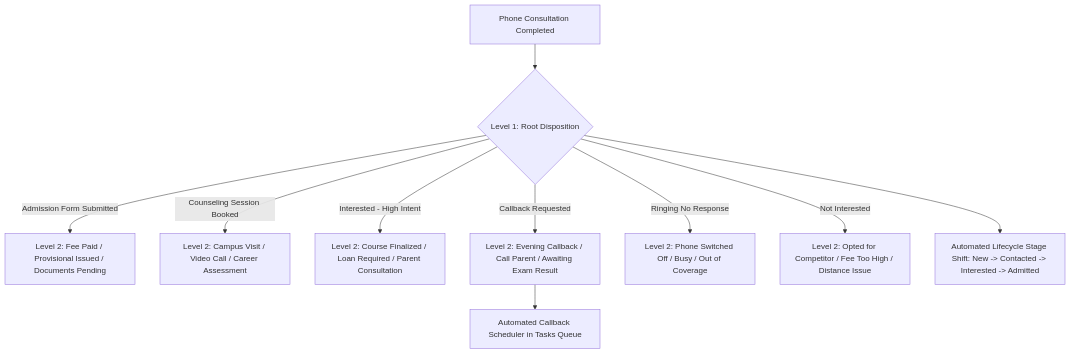
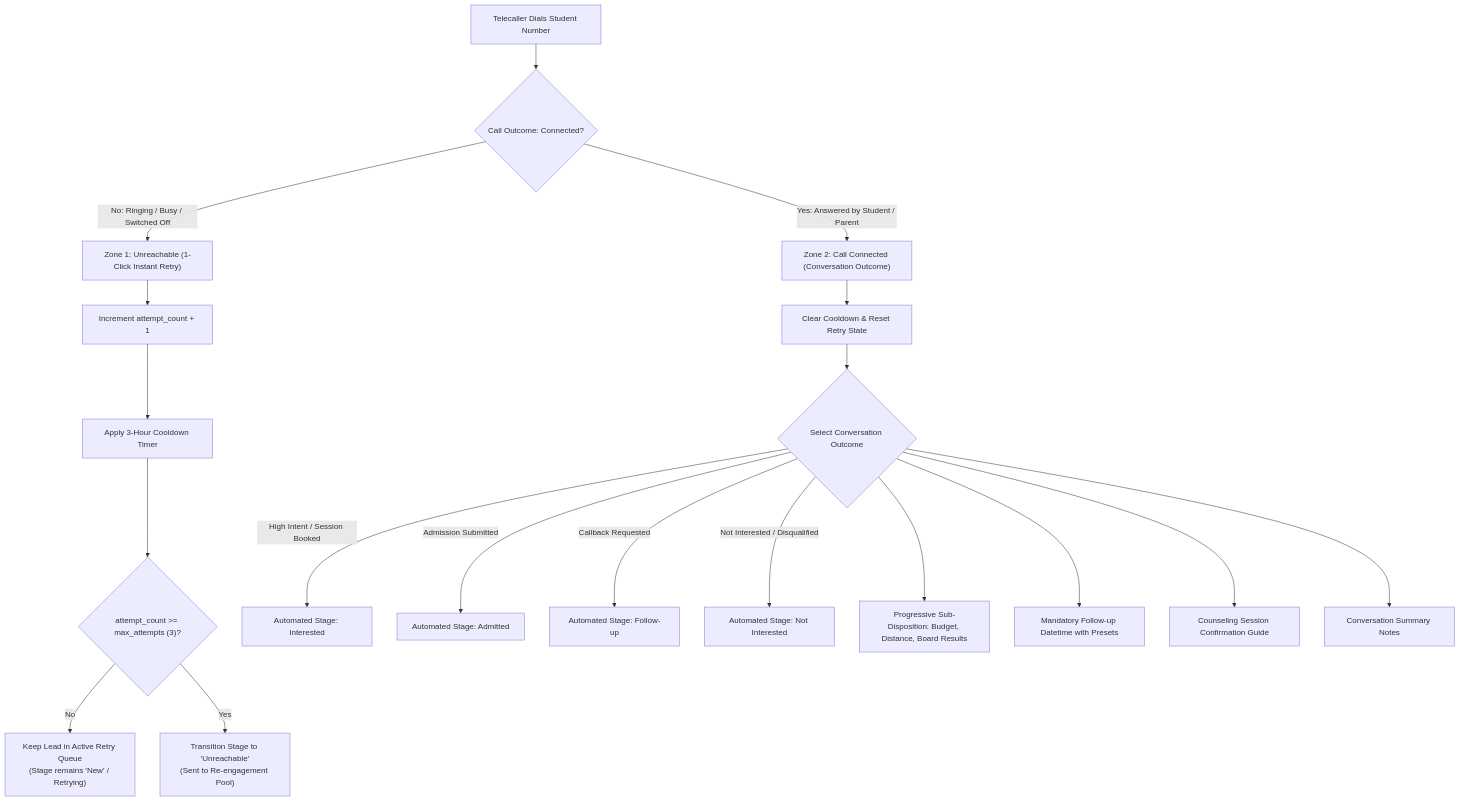
The diagram in docs/06_CALL_DISPOSITIONS_AND_CALLBACKS.md (rdsdd2021/DreamDesk-CRM), drawn with Mermaid before and after one commit. The commit also changed other lines of this file and 2 other files, not shown here.

Commit message:
docs: update telecalling framework, 2-zone outcome controller, retry cadence and stage locking manuals

````diff
--- a/docs/06_CALL_DISPOSITIONS_AND_CALLBACKS.md
+++ b/docs/06_CALL_DISPOSITIONS_AND_CALLBACKS.md
@@ -15,14 +26,26 @@
 ```mermaid
-graph TD
-    Call[Phone Consultation Completed] --> Root{Level 1: Root Disposition}
+flowchart TD
+    Dial[Telecaller Dials Student Number] --> Outcome{Call Outcome: Connected?}
 
-    Root -->|Admission Form Submitted| Sub1[Level 2: Fee Paid / Provisional Issued / Documents Pending]
-    Root -->|Counseling Session Booked| Sub2[Level 2: Campus Visit / Video Call / Career Assessment]
-    Root -->|Interested - High Intent| Sub3[Level 2: Course Finalized / Loan Required / Parent Consultation]
-    Root -->|Callback Requested| Sub4[Level 2: Evening Callback / Call Parent / Awaiting Exam Result]
-    Root -->|Ringing No Response| Sub5[Level 2: Phone Switched Off / Busy / Out of Coverage]
-    Root -->|Not Interested| Sub6[Level 2: Opted for Competitor / Fee Too High / Distance Issue]
+    %% Unreachable Path
+    Outcome -->|No: Ringing / Busy / Switched Off| UnreachableZone["Zone 1: Unreachable (1-Click Instant Retry)"]
+    UnreachableZone --> IncAttempt[Increment attempt_count + 1]
+    IncAttempt --> CooldownCheck[Apply 3-Hour Cooldown Timer]
+    CooldownCheck --> AttLimit{"attempt_count >= max_attempts (3)?"}
+    AttLimit -->|No| KeepRetry["Keep Lead in Active Retry Queue<br/>(Stage remains 'New' / Retrying)"]
+    AttLimit -->|Yes| MoveExhausted["Transition Stage to 'Unreachable'<br/>(Sent to Re-engagement Pool)"]
 
-    Root --> AutoStatus[Automated Lifecycle Stage Shift: New -> Contacted -> Interested -> Admitted]
-    Sub4 --> CallbackSched[Automated Callback Scheduler in Tasks Queue]
+    %% Connected Path
+    Outcome -->|Yes: Answered by Student / Parent| ConnectedZone["Zone 2: Call Connected (Conversation Outcome)"]
+    ConnectedZone --> ClearCooldown[Clear Cooldown & Reset Retry State]
+    ClearCooldown --> DispChoice{Select Conversation Outcome}
+    DispChoice -->|High Intent / Session Booked| StageInt[Automated Stage: Interested]
+    DispChoice -->|Admission Submitted| StageAdm[Automated Stage: Admitted]
+    DispChoice -->|Callback Requested| StageFu[Automated Stage: Follow-up]
+    DispChoice -->|Not Interested / Disqualified| StageNi[Automated Stage: Not Interested]
+
+    DispChoice --> SubDisp[Progressive Sub-Disposition: Budget, Distance, Board Results]
+    DispChoice --> Callback[Mandatory Follow-up Datetime with Presets]
+    DispChoice --> CounselBook[Counseling Session Confirmation Guide]
+    DispChoice --> Remarks[Conversation Summary Notes]
 ```
````
